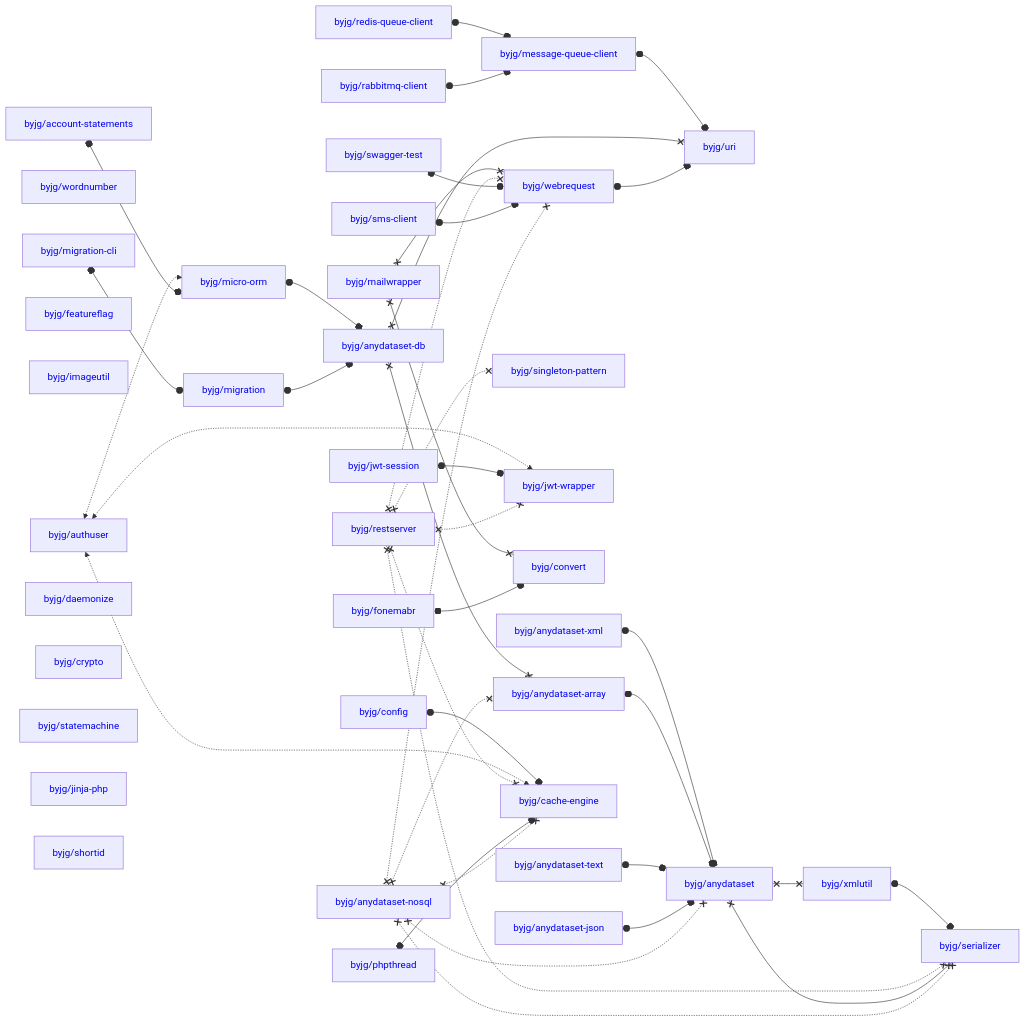
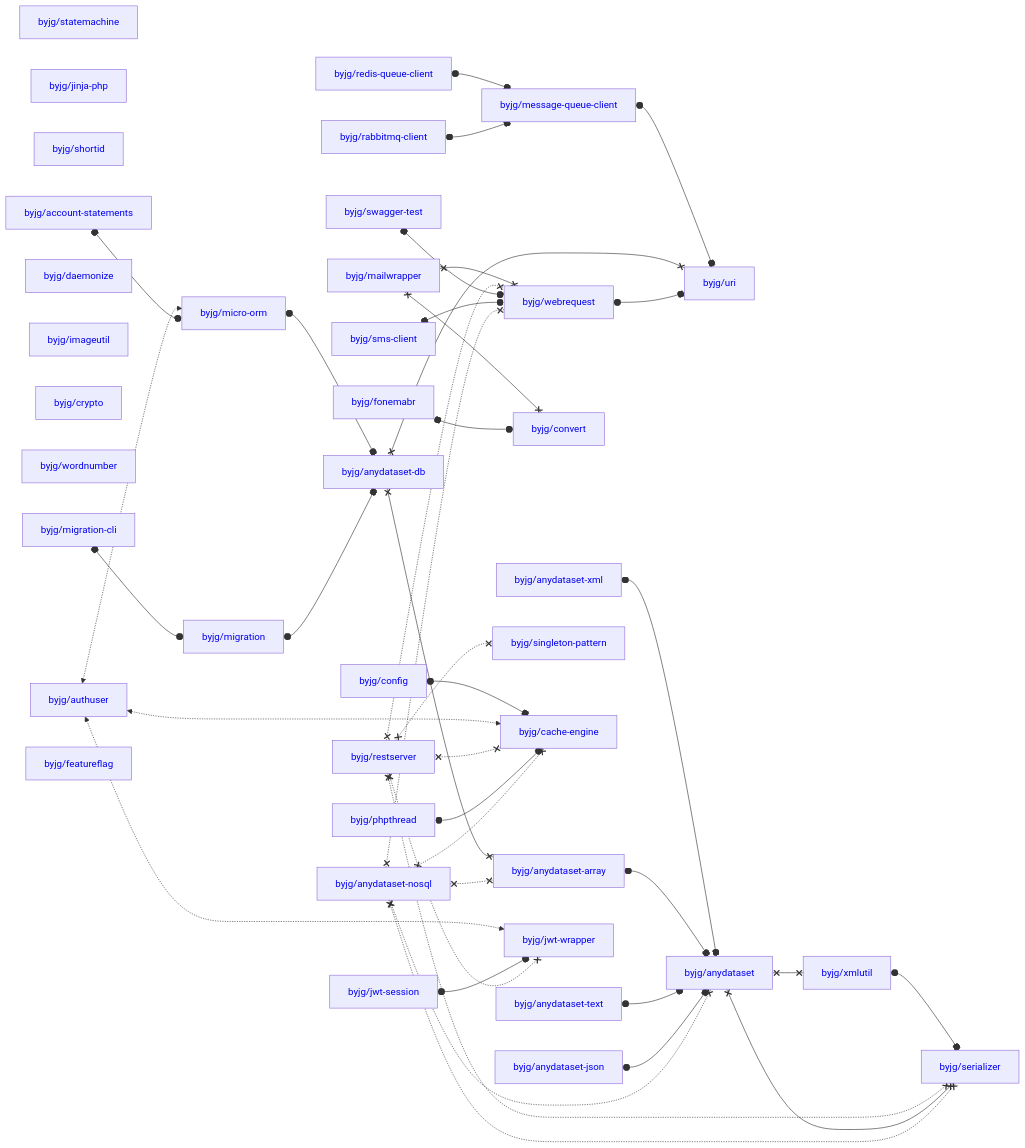
One commit to byjg/byjg.github.io changed the diagram in docs/php/README.md. Above: the diagram before and after it, drawn with Mermaid. The commit also changed other lines of this file, not shown here.

Commit message:
Update documentation 'php' 'php-migration'

````diff
--- a/docs/php/README.md
+++ b/docs/php/README.md
@@ -3,80 +3,80 @@
 ```mermaid
 graph LR;
+  byjg/statemachine[<a href='https://opensource.byjg.com/docs/php/statemachine' style='text-decoration:none'>byjg/statemachine</a>];
+  byjg/jinja-php[<a href='https://opensource.byjg.com/docs/php/jinja-php' style='text-decoration:none'>byjg/jinja-php</a>];
+  byjg/fonemabr[<a href='https://opensource.byjg.com/docs/php/fonemabr' style='text-decoration:none'>byjg/fonemabr</a>];
+  byjg/shortid[<a href='https://opensource.byjg.com/docs/php/shortid' style='text-decoration:none'>byjg/shortid</a>];
+  byjg/authuser[<a href='https://opensource.byjg.com/docs/php/authuser' style='text-decoration:none'>byjg/authuser</a>];
+  byjg/rabbitmq-client[<a href='https://opensource.byjg.com/docs/php/rabbitmq-client' style='text-decoration:none'>byjg/rabbitmq-client</a>];
+  byjg/anydataset-json[<a href='https://opensource.byjg.com/docs/php/anydataset-json' style='text-decoration:none'>byjg/anydataset-json</a>];
+  byjg/anydataset-xml[<a href='https://opensource.byjg.com/docs/php/anydataset-xml' style='text-decoration:none'>byjg/anydataset-xml</a>];
+  byjg/swagger-test[<a href='https://opensource.byjg.com/docs/php/swagger-test' style='text-decoration:none'>byjg/swagger-test</a>];
+  byjg/anydataset-nosql[<a href='https://opensource.byjg.com/docs/php/anydataset-nosql' style='text-decoration:none'>byjg/anydataset-nosql</a>];
+  byjg/daemonize[<a href='https://opensource.byjg.com/docs/php/daemonize' style='text-decoration:none'>byjg/daemonize</a>];
+  byjg/sms-client[<a href='https://opensource.byjg.com/docs/php/sms-client' style='text-decoration:none'>byjg/sms-client</a>];
+  byjg/anydataset-text[<a href='https://opensource.byjg.com/docs/php/anydataset-text' style='text-decoration:none'>byjg/anydataset-text</a>];
+  byjg/imageutil[<a href='https://opensource.byjg.com/docs/php/imageutil' style='text-decoration:none'>byjg/imageutil</a>];
+  byjg/phpthread[<a href='https://opensource.byjg.com/docs/php/phpthread' style='text-decoration:none'>byjg/phpthread</a>];
+  byjg/mailwrapper[<a href='https://opensource.byjg.com/docs/php/mailwrapper' style='text-decoration:none'>byjg/mailwrapper</a>];
+  byjg/config[<a href='https://opensource.byjg.com/docs/php/config' style='text-decoration:none'>byjg/config</a>];
+  byjg/crypto[<a href='https://opensource.byjg.com/docs/php/crypto' style='text-decoration:none'>byjg/crypto</a>];
+  byjg/wordnumber[<a href='https://opensource.byjg.com/docs/php/wordnumber' style='text-decoration:none'>byjg/wordnumber</a>];
+  byjg/jwt-session[<a href='https://opensource.byjg.com/docs/php/jwt-session' style='text-decoration:none'>byjg/jwt-session</a>];
   byjg/account-statements[<a href='https://opensource.byjg.com/docs/php/account-statements' style='text-decoration:none'>byjg/account-statements</a>];
+  byjg/migration-cli[<a href='https://opensource.byjg.com/docs/php/migration-cli' style='text-decoration:none'>byjg/migration-cli</a>];
   byjg/redis-queue-client[<a href='https://opensource.byjg.com/docs/php/redis-queue-client' style='text-decoration:none'>byjg/redis-queue-client</a>];
-  byjg/wordnumber[<a href='https://opensource.byjg.com/docs/php/wordnumber' style='text-decoration:none'>byjg/wordnumber</a>];
-  byjg/anydataset-text[<a href='https://opensource.byjg.com/docs/php/anydataset-text' style='text-decoration:none'>byjg/anydataset-text</a>];
-  byjg/authuser[<a href='https://opensource.byjg.com/docs/php/authuser' style='text-decoration:none'>byjg/authuser</a>];
   byjg/featureflag[<a href='https://opensource.byjg.com/docs/php/featureflag' style='text-decoration:none'>byjg/featureflag</a>];
-  byjg/imageutil[<a href='https://opensource.byjg.com/docs/php/imageutil' style='text-decoration:none'>byjg/imageutil</a>];
-  byjg/config[<a href='https://opensource.byjg.com/docs/php/config' style='text-decoration:none'>byjg/config</a>];
-  byjg/jwt-session[<a href='https://opensource.byjg.com/docs/php/jwt-session' style='text-decoration:none'>byjg/jwt-session</a>];
-  byjg/fonemabr[<a href='https://opensource.byjg.com/docs/php/fonemabr' style='text-decoration:none'>byjg/fonemabr</a>];
   byjg/restserver[<a href='https://opensource.byjg.com/docs/php/restserver' style='text-decoration:none'>byjg/restserver</a>];
-  byjg/migration-cli[<a href='https://opensource.byjg.com/docs/php/migration-cli' style='text-decoration:none'>byjg/migration-cli</a>];
-  byjg/daemonize[<a href='https://opensource.byjg.com/docs/php/daemonize' style='text-decoration:none'>byjg/daemonize</a>];
-  byjg/crypto[<a href='https://opensource.byjg.com/docs/php/crypto' style='text-decoration:none'>byjg/crypto</a>];
-  byjg/anydataset-xml[<a href='https://opensource.byjg.com/docs/php/anydataset-xml' style='text-decoration:none'>byjg/anydataset-xml</a>];
-  byjg/statemachine[<a href='https://opensource.byjg.com/docs/php/statemachine' style='text-decoration:none'>byjg/statemachine</a>];
-  byjg/anydataset-nosql[<a href='https://opensource.byjg.com/docs/php/anydataset-nosql' style='text-decoration:none'>byjg/anydataset-nosql</a>];
-  byjg/jinja-php[<a href='https://opensource.byjg.com/docs/php/jinja-php' style='text-decoration:none'>byjg/jinja-php</a>];
-  byjg/mailwrapper[<a href='https://opensource.byjg.com/docs/php/mailwrapper' style='text-decoration:none'>byjg/mailwrapper</a>];
-  byjg/rabbitmq-client[<a href='https://opensource.byjg.com/docs/php/rabbitmq-client' style='text-decoration:none'>byjg/rabbitmq-client</a>];
-  byjg/sms-client[<a href='https://opensource.byjg.com/docs/php/sms-client' style='text-decoration:none'>byjg/sms-client</a>];
-  byjg/swagger-test[<a href='https://opensource.byjg.com/docs/php/swagger-test' style='text-decoration:none'>byjg/swagger-test</a>];
-  byjg/phpthread[<a href='https://opensource.byjg.com/docs/php/phpthread' style='text-decoration:none'>byjg/phpthread</a>];
-  byjg/shortid[<a href='https://opensource.byjg.com/docs/php/shortid' style='text-decoration:none'>byjg/shortid</a>];
-  byjg/anydataset-json[<a href='https://opensource.byjg.com/docs/php/anydataset-json' style='text-decoration:none'>byjg/anydataset-json</a>];
+  byjg/convert[<a href='https://opensource.byjg.com/docs/php/convert' style='text-decoration:none'>byjg/convert</a>];
   byjg/micro-orm[<a href='https://opensource.byjg.com/docs/php/micro-orm' style='text-decoration:none'>byjg/micro-orm</a>];
+  byjg/migration[<a href='https://opensource.byjg.com/docs/php/migration' style='text-decoration:none'>byjg/migration</a>];
+  byjg/message-queue-client[<a href='https://opensource.byjg.com/docs/php/message-queue-client' style='text-decoration:none'>byjg/message-queue-client</a>];
   byjg/singleton-pattern[<a href='https://opensource.byjg.com/docs/php/singleton-pattern' style='text-decoration:none'>byjg/singleton-pattern</a>];
+  byjg/cache-engine[<a href='https://opensource.byjg.com/docs/php/cache-engine' style='text-decoration:none'>byjg/cache-engine</a>];
+  byjg/webrequest[<a href='https://opensource.byjg.com/docs/php/webrequest' style='text-decoration:none'>byjg/webrequest</a>];
   byjg/jwt-wrapper[<a href='https://opensource.byjg.com/docs/php/jwt-wrapper' style='text-decoration:none'>byjg/jwt-wrapper</a>];
-  byjg/migration[<a href='https://opensource.byjg.com/docs/php/migration' style='text-decoration:none'>byjg/migration</a>];
-  byjg/convert[<a href='https://opensource.byjg.com/docs/php/convert' style='text-decoration:none'>byjg/convert</a>];
-  byjg/message-queue-client[<a href='https://opensource.byjg.com/docs/php/message-queue-client' style='text-decoration:none'>byjg/message-queue-client</a>];
-  byjg/webrequest[<a href='https://opensource.byjg.com/docs/php/webrequest' style='text-decoration:none'>byjg/webrequest</a>];
-  byjg/cache-engine[<a href='https://opensource.byjg.com/docs/php/cache-engine' style='text-decoration:none'>byjg/cache-engine</a>];
   byjg/anydataset-db[<a href='https://opensource.byjg.com/docs/php/anydataset-db' style='text-decoration:none'>byjg/anydataset-db</a>];
   byjg/anydataset-array[<a href='https://opensource.byjg.com/docs/php/anydataset-array' style='text-decoration:none'>byjg/anydataset-array</a>];
   byjg/uri[<a href='https://opensource.byjg.com/docs/php/uri' style='text-decoration:none'>byjg/uri</a>];
   byjg/anydataset[<a href='https://opensource.byjg.com/docs/php/anydataset' style='text-decoration:none'>byjg/anydataset</a>];
   byjg/xmlutil[<a href='https://opensource.byjg.com/docs/php/xmlutil' style='text-decoration:none'>byjg/xmlutil</a>];
   byjg/serializer[<a href='https://opensource.byjg.com/docs/php/serializer' style='text-decoration:none'>byjg/serializer</a>];
   byjg/anydataset-xml o--o byjg/anydataset;
   byjg/config o--o byjg/cache-engine;
   byjg/authuser <-.-> byjg/micro-orm;
   byjg/authuser <-.-> byjg/cache-engine;
   byjg/authuser <-.-> byjg/jwt-wrapper;
   byjg/jwt-session o--o byjg/jwt-wrapper;
   byjg/redis-queue-client o--o byjg/message-queue-client;
   byjg/xmlutil o--o byjg/serializer;
   byjg/anydataset-array o--o byjg/anydataset;
   byjg/anydataset-text o--o byjg/anydataset;
   byjg/mailwrapper x--x byjg/convert;
   byjg/mailwrapper x--x byjg/webrequest;
   byjg/restserver x-.-x byjg/serializer;
   byjg/restserver x-.-x byjg/singleton-pattern;
   byjg/restserver x-.-x byjg/cache-engine;
   byjg/restserver x-.-x byjg/webrequest;
   byjg/restserver x-.-x byjg/jwt-wrapper;
   byjg/anydataset x--x byjg/serializer;
   byjg/anydataset x--x byjg/xmlutil;
   byjg/micro-orm o--o byjg/anydataset-db;
   byjg/phpthread o--o byjg/cache-engine;
   byjg/anydataset-json o--o byjg/anydataset;
   byjg/swagger-test o--o byjg/webrequest;
   byjg/fonemabr o--o byjg/convert;
   byjg/account-statements o--o byjg/micro-orm;
   byjg/sms-client o--o byjg/webrequest;
   byjg/migration-cli o--o byjg/migration;
   byjg/message-queue-client o--o byjg/uri;
   byjg/anydataset-db x--x byjg/anydataset-array;
   byjg/anydataset-db x--x byjg/uri;
   byjg/webrequest o--o byjg/uri;
   byjg/migration o--o byjg/anydataset-db;
   byjg/rabbitmq-client o--o byjg/message-queue-client;
   byjg/anydataset-nosql x-.-x byjg/anydataset;
   byjg/anydataset-nosql x-.-x byjg/anydataset-array;
   byjg/anydataset-nosql x-.-x byjg/serializer;
   byjg/anydataset-nosql x-.-x byjg/webrequest;
   byjg/anydataset-nosql x-.-x byjg/cache-engine;
 ```
````
